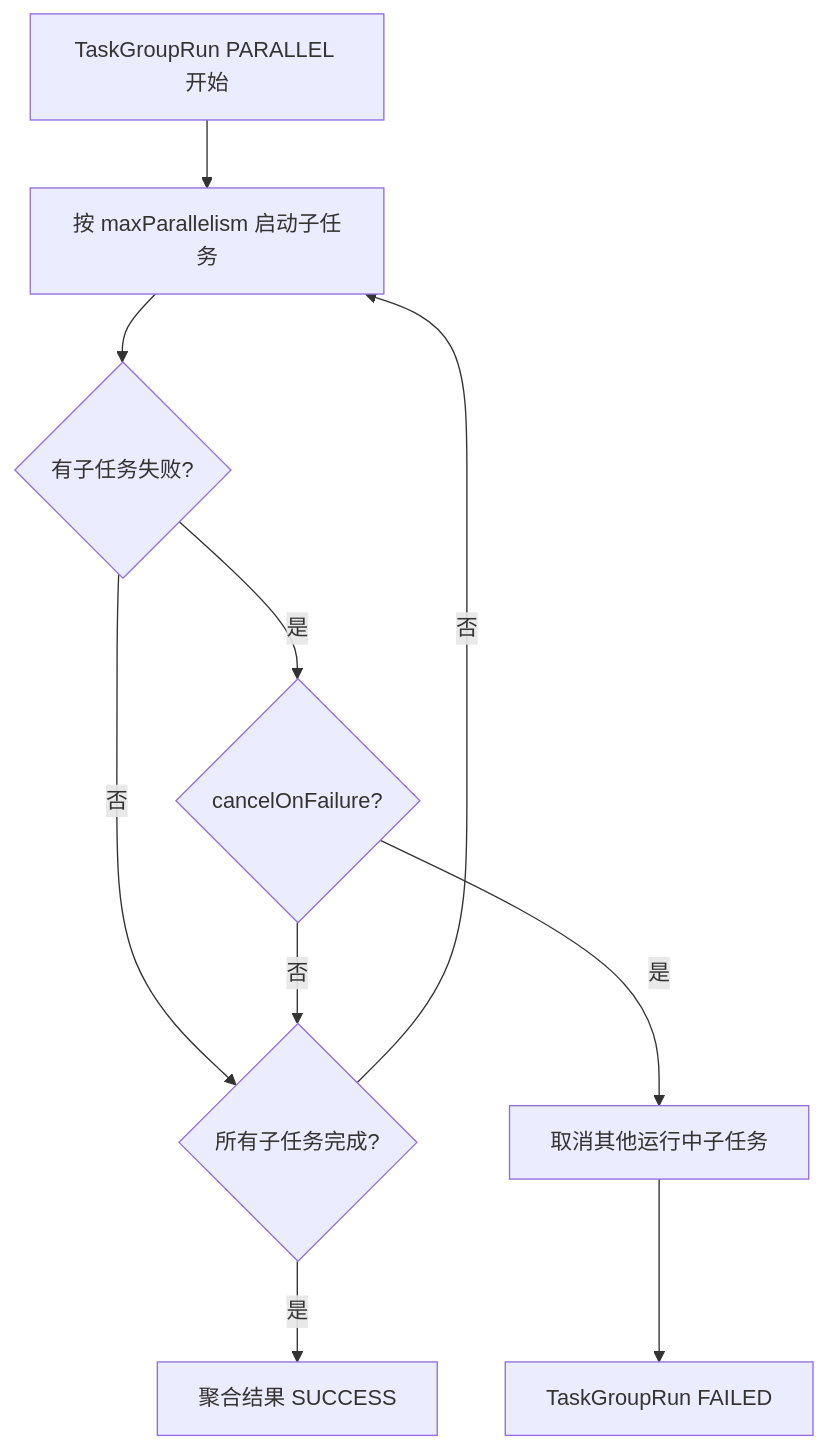
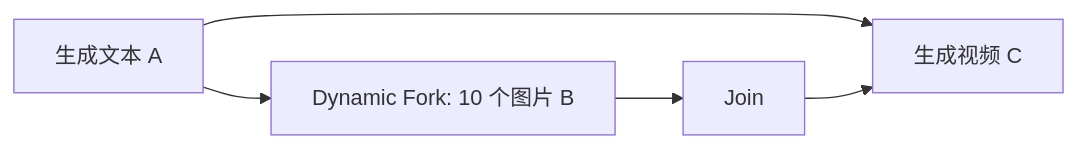
Before and after one commit to wangweihong/omnimam-spec: the second of 2 diagrams in 00_product/domains/task-center/product-spec.md, drawn with Mermaid. The commit also changed other lines of this file and 33 other files, not shown here.

````diff
--- a/00_product/domains/task-center/product-spec.md
+++ b/00_product/domains/task-center/product-spec.md
@@ -1028,12 +218,7 @@
 ```mermaid
-flowchart TD
-    A[TaskGroupRun PARALLEL 开始] --> B[按 maxParallelism 启动子任务]
-    B --> C{有子任务失败?}
-    C -- 否 --> D{所有子任务完成?}
-    D -- 是 --> E[聚合结果 SUCCESS]
-    D -- 否 --> B
-    C -- 是 --> F{cancelOnFailure?}
-    F -- 是 --> G[取消其他运行中子任务]
-    G --> H[TaskGroupRun FAILED]
-    F -- 否 --> D
+flowchart LR
+  A[生成文本 A] --> B[Dynamic Fork: 10 个图片 B]
+  A --> C[生成视频 C]
+  B --> J[Join]
+  J --> C
 ```
````
